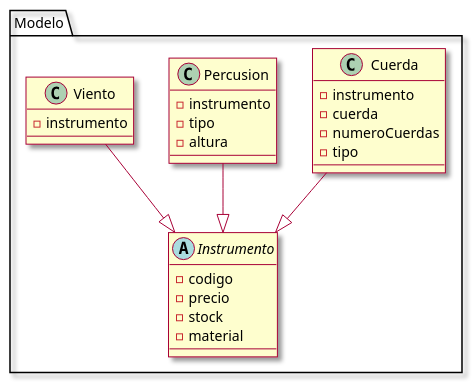
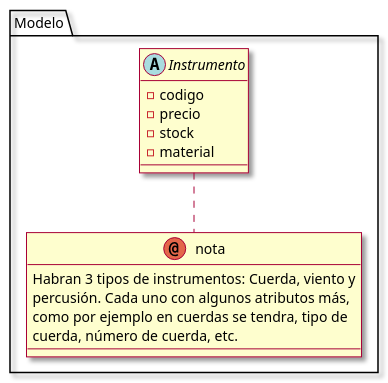
One commit to diegooblu/Taller3 changed the diagram in ModeloDominio.puml. Above: the diagram before and after it, drawn with PlantUML. The commit also changed 15 other files, not shown here.

```diff
--- a/ModeloDominio.puml
+++ b/ModeloDominio.puml
@@ -1,32 +1,20 @@
 @startuml
 skin rose
 
 package Modelo {
     abstract class Instrumento {
         -codigo
         -precio
         -stock
         -material
     }
 
-    class Cuerda {
-        -instrumento
-        -cuerda
-        -numeroCuerdas
-        -tipo
+    annotation nota {
+        Habran 3 tipos de instrumentos: Cuerda, viento y
+        percusión. Cada uno con algunos atributos más,
+        como por ejemplo en cuerdas se tendra, tipo de
+        cuerda, número de cuerda, etc.
     }
-    Cuerda--|>Instrumento
-
-    class Percusion {
-        -instrumento
-        -tipo
-        -altura
-    }
-    Percusion--|>Instrumento
-
-    class Viento {
-        -instrumento
-    }
-    Viento--|>Instrumento
+    Instrumento .. nota
 }
 @enduml
```
